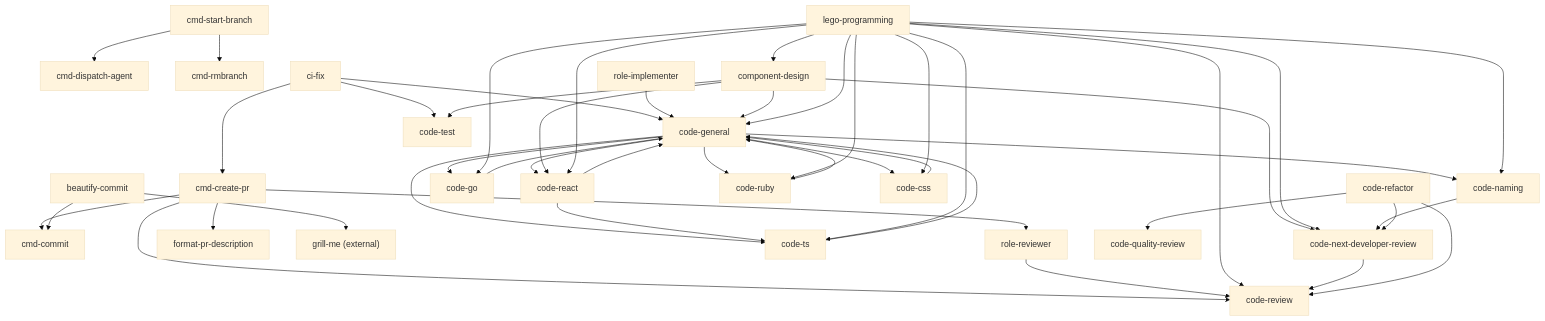
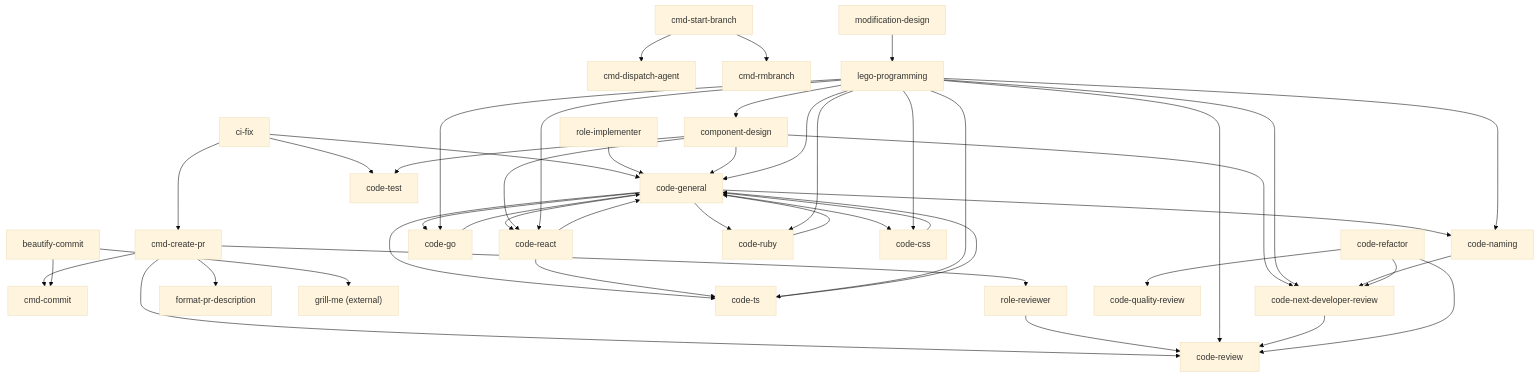
One commit to version-1/agents-docs changed the diagram in docs/skill-dependency-map.md. Above: the diagram before and after it, drawn with Mermaid (base theme). The commit also changed other lines of this file and 4 other files, not shown here.

First line of the commit message:
modification-design skill を追加

````diff
--- a/docs/skill-dependency-map.md
+++ b/docs/skill-dependency-map.md
@@ -153,57 +159,59 @@
 ```mermaid
 graph TD
     cmd_create_pr["cmd-create-pr"] --> cmd_commit["cmd-commit"]
     cmd_create_pr --> role_reviewer["role-reviewer"]
     cmd_create_pr --> code_review["code-review"]
     cmd_create_pr --> format_pr_description["format-pr-description"]
 
     cmd_start_branch["cmd-start-branch"] --> cmd_dispatch_agent["cmd-dispatch-agent"]
     cmd_start_branch --> cmd_rmbranch["cmd-rmbranch"]
 
     beautify_commit["beautify-commit"] --> cmd_commit
     beautify_commit --> grill_me["grill-me (external)"]
 
     ci_fix["ci-fix"] --> code_general
     ci_fix --> code_test["code-test"]
     ci_fix --> cmd_create_pr
 
     role_reviewer --> code_review
     role_implementer["role-implementer"] --> code_general["code-general"]
 
     code_general --> code_naming["code-naming"]
     code_general --> code_go["code-go"]
     code_general --> code_ts["code-ts"]
     code_general --> code_react["code-react"]
     code_general --> code_ruby["code-ruby"]
     code_general --> code_css["code-css"]
     code_go --> code_general
     code_ts --> code_general
     code_react --> code_general
     code_react --> code_ts
     code_ruby --> code_general
     code_css --> code_general
 
     component_design["component-design"] --> code_general
     component_design --> code_react
     component_design --> code_test
     component_design --> code_next_dev["code-next-developer-review"]
 
     lego_programming["lego-programming"] --> code_general
     lego_programming --> code_go
     lego_programming --> code_ts
     lego_programming --> code_react
     lego_programming --> code_ruby
     lego_programming --> code_css
     lego_programming --> component_design
     lego_programming --> code_naming
     lego_programming --> code_review
     lego_programming --> code_next_dev
 
+    modification_design["modification-design"] --> lego_programming
+
     code_naming --> code_next_dev
 
     code_next_dev --> code_review
 
     code_refactor["code-refactor"] --> code_quality["code-quality-review"]
     code_refactor --> code_review
     code_refactor --> code_next_dev
 ```
````
